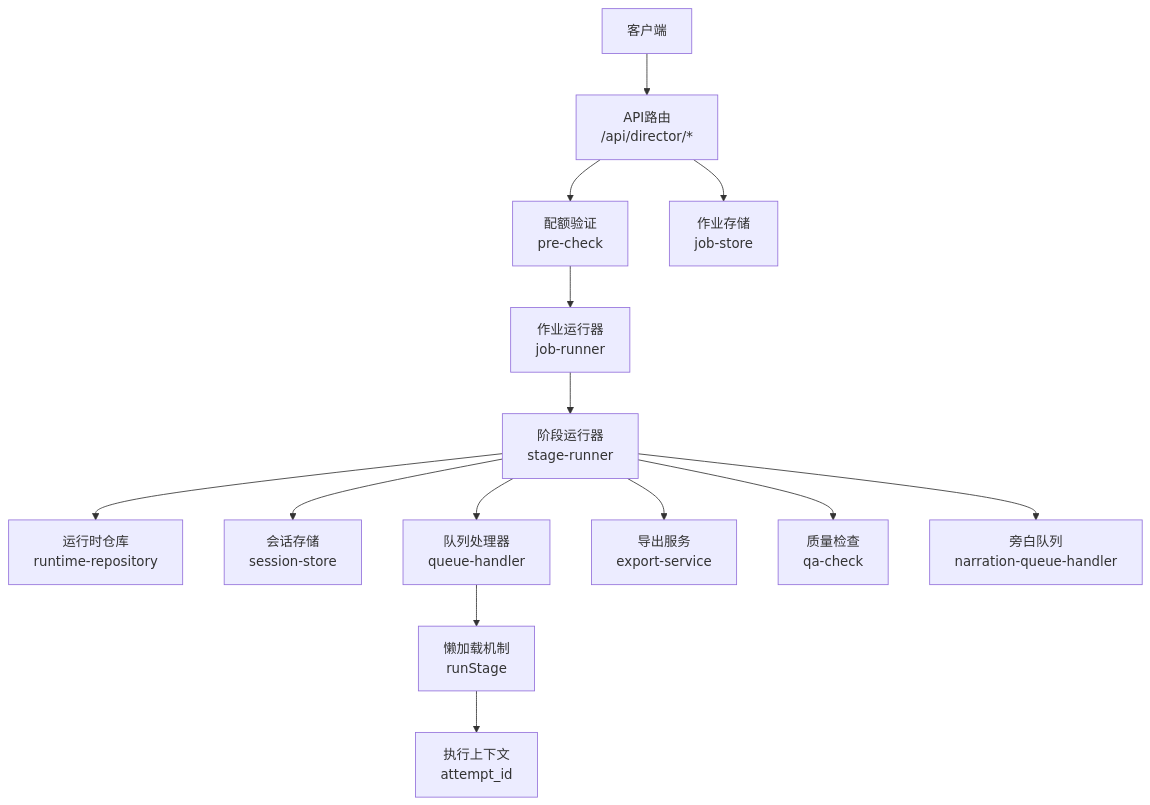
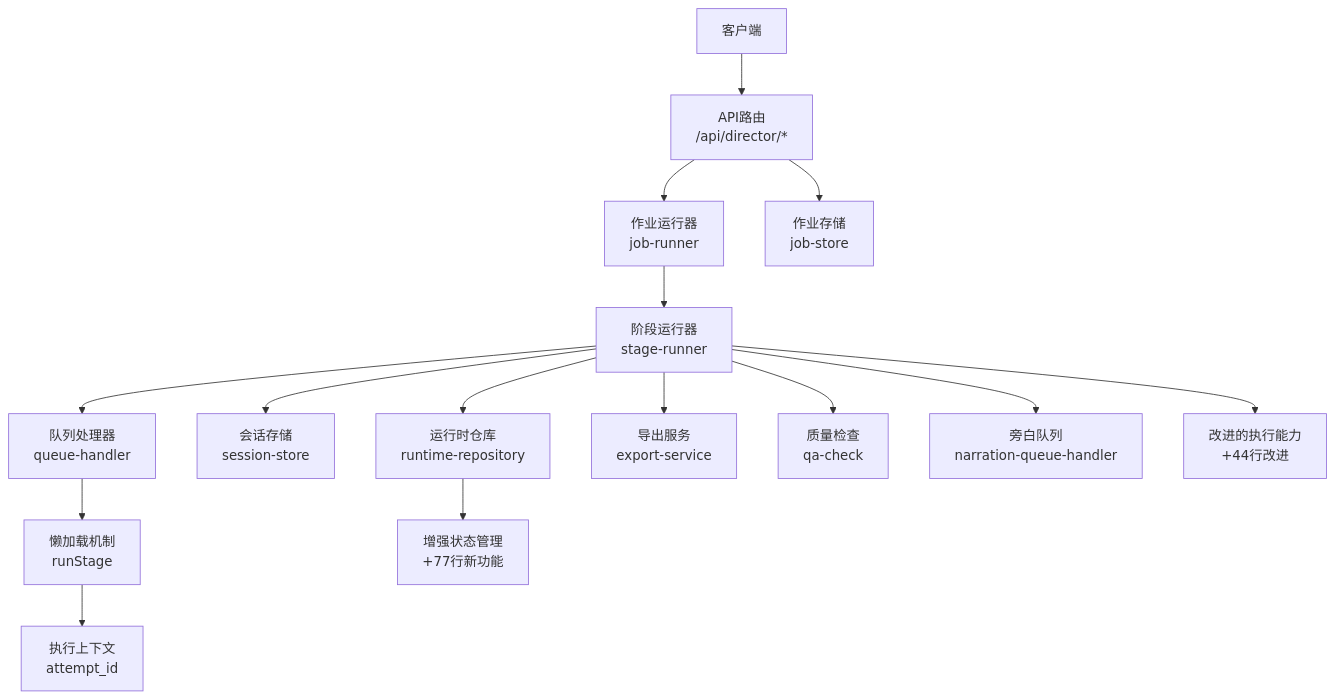
The first of 3 diagrams in .qoder/repowiki/zh/content/API参考/导演系统API/阶段执行API.md (scottcwy/PurpleInk), drawn with Mermaid before and after one commit. The commit also changed other lines of this file and 23 other files, not shown here.

````diff
--- a/.qoder/repowiki/zh/content/API参考/导演系统API/阶段执行API.md
+++ b/.qoder/repowiki/zh/content/API参考/导演系统API/阶段执行API.md
@@ -60,16 +60,17 @@
 ```mermaid
 graph TB
 Client["客户端"] --> API["API路由<br/>/api/director/*"]
-API --> QuotaCheck["配额验证<br/>pre-check"]
-QuotaCheck --> Runner["作业运行器<br/>job-runner"]
+API --> Runner["作业运行器<br/>job-runner"]
 API --> Store["作业存储<br/>job-store"]
 Runner --> StageRunner["阶段运行器<br/>stage-runner"]
 StageRunner --> Repo["运行时仓库<br/>runtime-repository"]
 StageRunner --> Session["会话存储<br/>session-store"]
 StageRunner --> Queue["队列处理器<br/>queue-handler"]
 StageRunner --> Export["导出服务<br/>export-service"]
 StageRunner --> QA["质量检查<br/>qa-check"]
 StageRunner --> Narration["旁白队列<br/>narration-queue-handler"]
 Queue --> LazyLoader["懒加载机制<br/>runStage"]
 LazyLoader --> Context["执行上下文<br/>attempt_id"]
+Repo --> EnhancedState["增强状态管理<br/>+77行新功能"]
+StageRunner --> ImprovedExecution["改进的执行能力<br/>+44行改进"]
 ```
````
